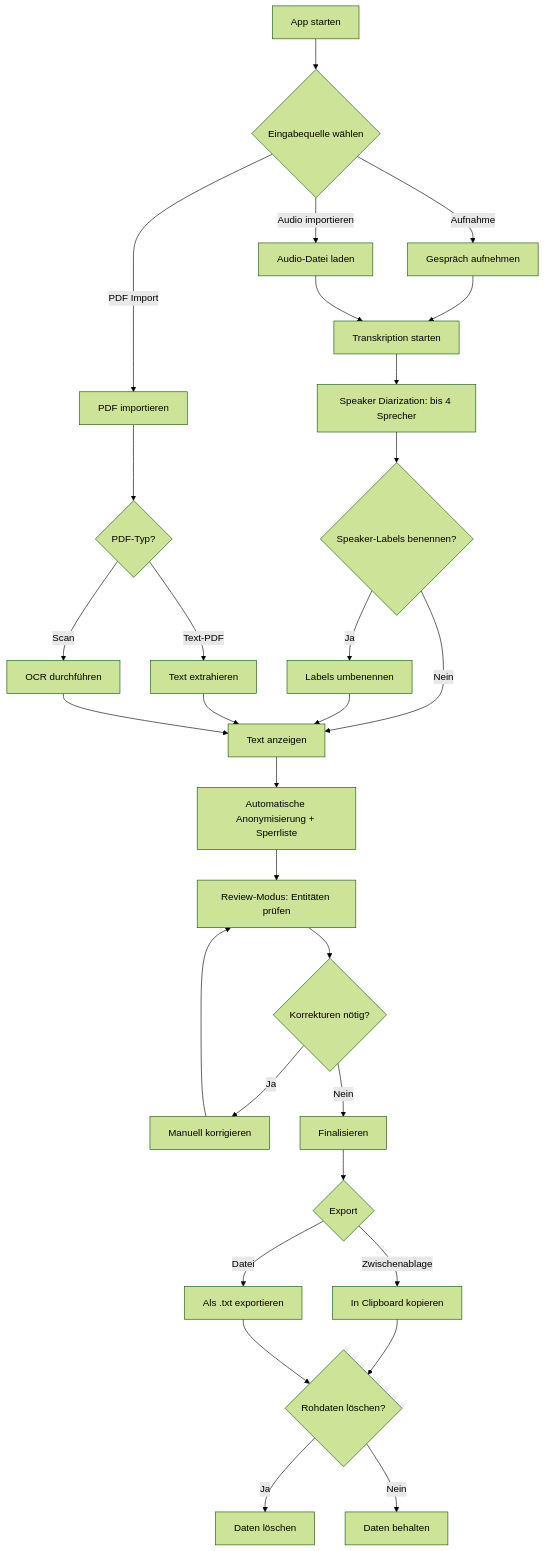
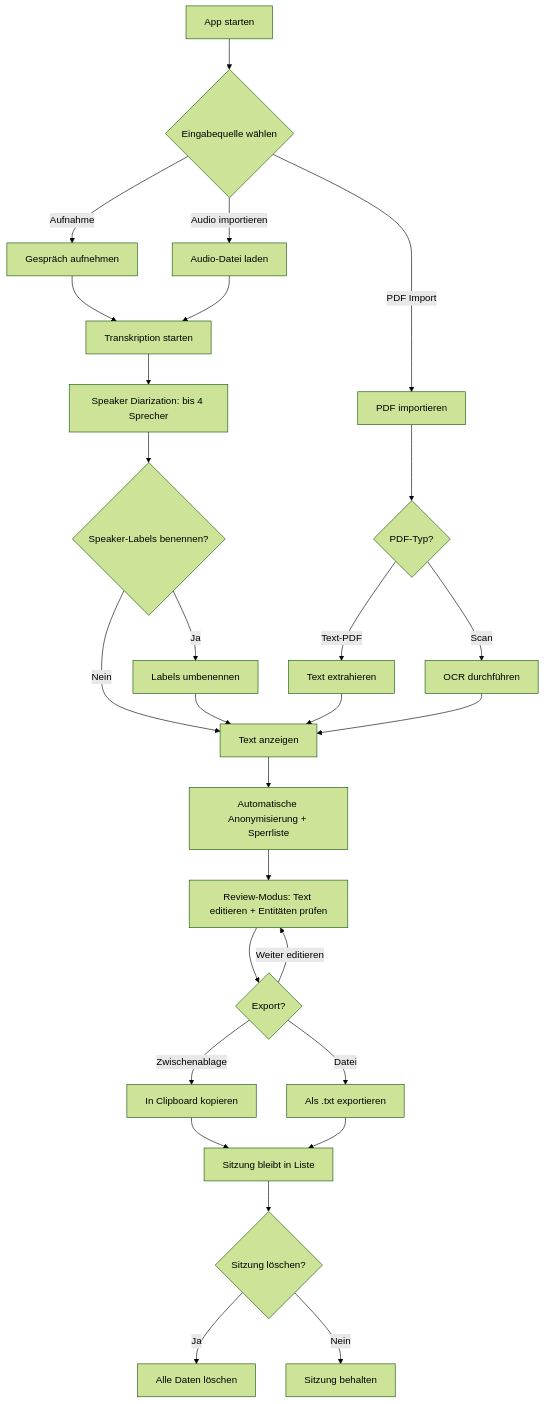
One commit to adbstyle/therascripter changed the diagram in requirements.md. Above: the diagram before and after it, drawn with Mermaid (forest theme). The commit also changed other lines of this file, not shown here.

First line of the commit message:
Refine Epic 7 (Export), remove US-7b, add security NFRs

````diff
--- a/requirements.md
+++ b/requirements.md
@@ -443,32 +450,30 @@
 ```mermaid
 flowchart TD
     A[App starten] --> B{Eingabequelle wählen}
     B -->|Aufnahme| C[Gespräch aufnehmen]
     B -->|Audio importieren| C2[Audio-Datei laden]
     B -->|PDF Import| D[PDF importieren]
     C --> E[Transkription starten]
     C2 --> E
     E --> E2[Speaker Diarization: bis 4 Sprecher]
     E2 --> E3{Speaker-Labels benennen?}
     E3 -->|Ja| E4[Labels umbenennen]
     E3 -->|Nein| I
     E4 --> I
     D --> F{PDF-Typ?}
     F -->|Text-PDF| G[Text extrahieren]
     F -->|Scan| H[OCR durchführen]
     G --> I[Text anzeigen]
     H --> I
     I --> J[Automatische Anonymisierung + Sperrliste]
-    J --> K[Review-Modus: Entitäten prüfen]
-    K --> L{Korrekturen nötig?}
-    L -->|Ja| M[Manuell korrigieren]
-    M --> K
-    L -->|Nein| N[Finalisieren]
-    N --> O{Export}
-    O -->|Zwischenablage| P[In Clipboard kopieren]
-    O -->|Datei| Q[Als .txt exportieren]
-    P --> R{Rohdaten löschen?}
-    Q --> R
-    R -->|Ja| S[Daten löschen]
-    R -->|Nein| T[Daten behalten]
+    J --> K[Review-Modus: Text editieren + Entitäten prüfen]
+    K --> L{Export?}
+    L -->|Zwischenablage| M[In Clipboard kopieren]
+    L -->|Datei| N[Als .txt exportieren]
+    L -->|Weiter editieren| K
+    M --> O[Sitzung bleibt in Liste]
+    N --> O
+    O --> P{Sitzung löschen?}
+    P -->|Ja| Q[Alle Daten löschen]
+    P -->|Nein| R[Sitzung behalten]
 ```
````
